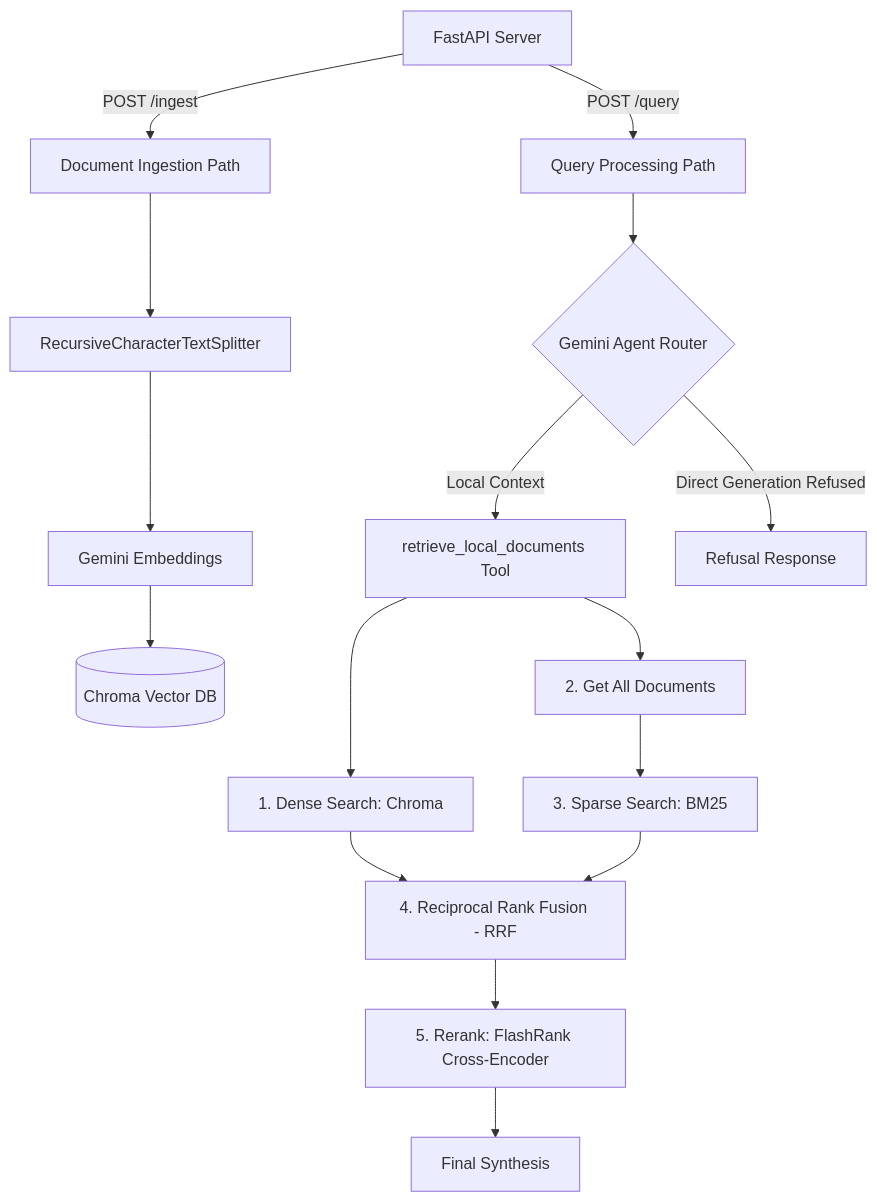
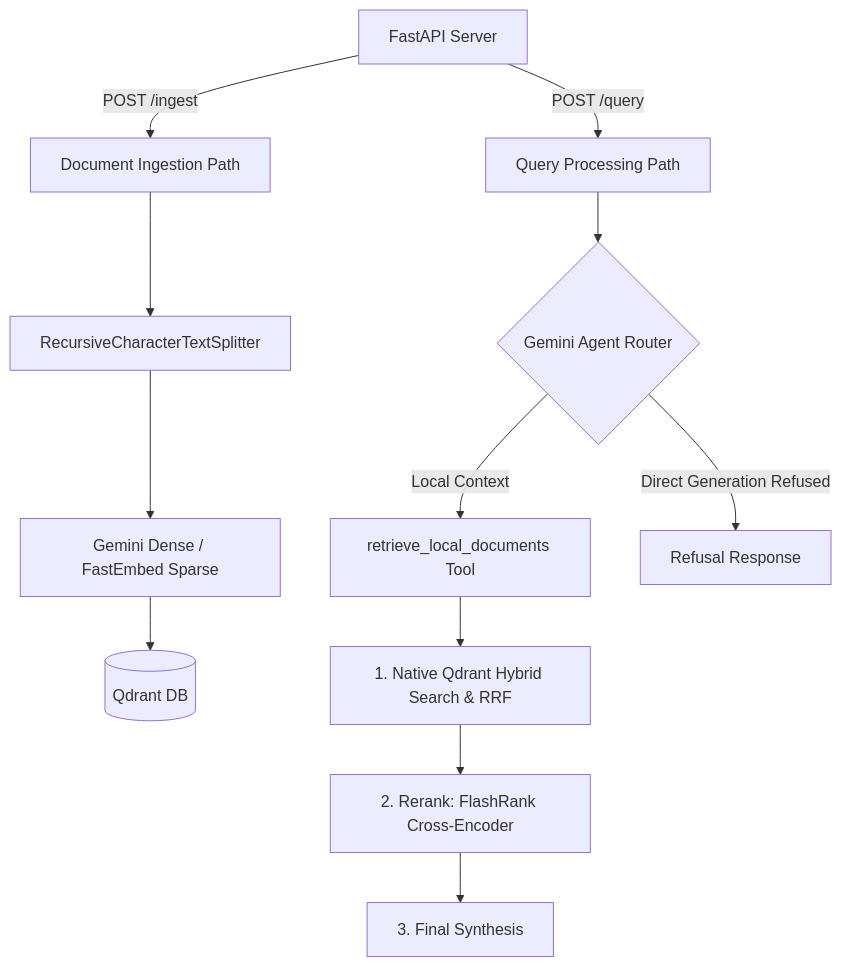
Before and after one commit to boycececil666gmailcom/rag-chatbot: the second of 5 diagrams in README.md, drawn with Mermaid. The commit also changed other lines of this file and 14 other files, not shown here.

Commit message:
feat: migrate vector storage to Qdrant, configure Kubernetes deployments, and modernize backend project structure.

````diff
--- a/README.md
+++ b/README.md
@@ -68,24 +68,20 @@
 ```mermaid
 graph TD
     Server[FastAPI Server]
     
     %% Ingest path
     Server -->|POST /ingest| Ingest[Document Ingestion Path]
     Ingest --> Split[RecursiveCharacterTextSplitter]
-    Split --> Embed[Gemini Embeddings]
-    Embed --> DB[(Chroma Vector DB)]
+    Split --> Embed[Gemini Dense / FastEmbed Sparse]
+    Embed --> DB[(Qdrant DB)]
 
     %% Query path
     Server -->|POST /query| Query[Query Processing Path]
     Query --> Router{Gemini Agent Router}
     Router -->|Local Context| Local[retrieve_local_documents Tool]
     Router -->|Direct Generation Refused| Direct[Refusal Response]
     
-    Local --> DenseSearch[1. Dense Search: Chroma]
-    Local --> GetDocs[2. Get All Documents]
-    GetDocs --> BM25Search[3. Sparse Search: BM25]
-    DenseSearch --> RRF[4. Reciprocal Rank Fusion - RRF]
-    BM25Search --> RRF
-    RRF --> Rerank[5. Rerank: FlashRank Cross-Encoder]
-    Rerank --> Synth[Final Synthesis]
+    Local --> HybridSearch[1. Native Qdrant Hybrid Search & RRF]
+    HybridSearch --> Rerank[2. Rerank: FlashRank Cross-Encoder]
+    Rerank --> Synth[3. Final Synthesis]
 ```
````
